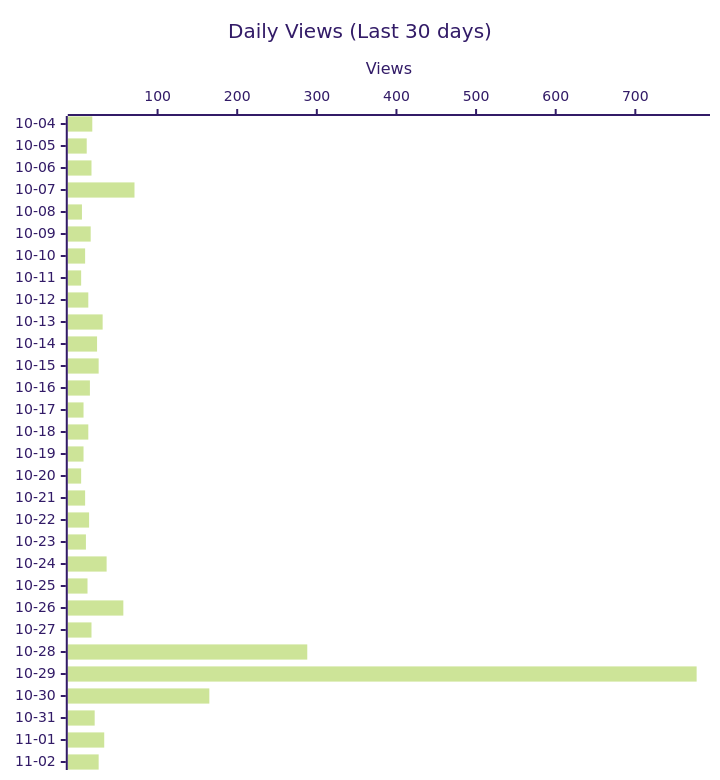
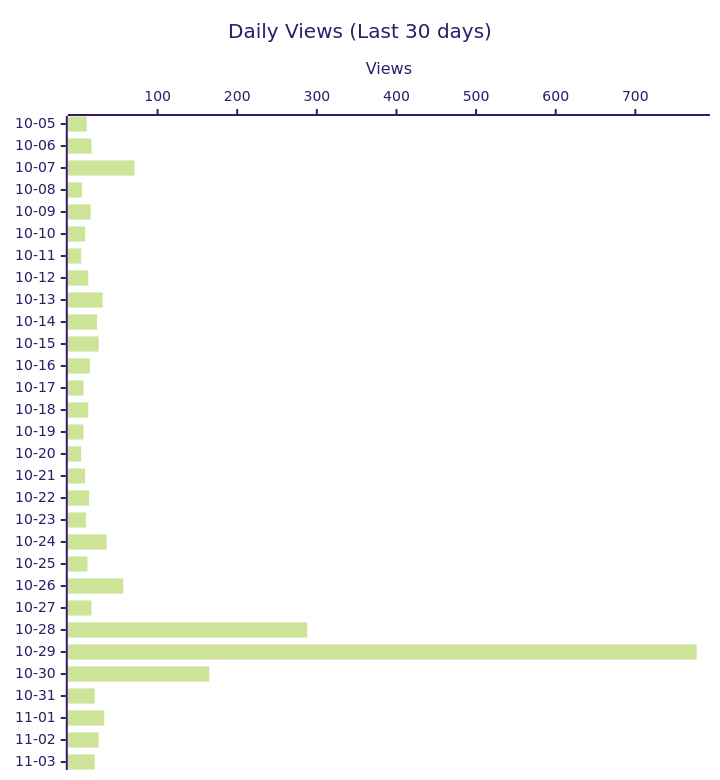
The second of 4 diagrams in README.md (shigechika/github-insights), drawn with Mermaid (forest theme) before and after one commit. The commit also changed other lines of this file and 1 other file, not shown here.

````diff
--- a/README.md
+++ b/README.md
@@ -28,12 +28,12 @@
 ```mermaid
 ---
 config:
   xyChart:
     height: 760
 ---
 xychart-beta horizontal
     title "Daily Views (Last 30 days)"
-    x-axis ["10-04", "10-05", "10-06", "10-07", "10-08", "10-09", "10-10", "10-11", "10-12", "10-13", "10-14", "10-15", "10-16", "10-17", "10-18", "10-19", "10-20", "10-21", "10-22", "10-23", "10-24", "10-25", "10-26", "10-27", "10-28", "10-29", "10-30", "10-31", "11-01", "11-02"]
+    x-axis ["10-05", "10-06", "10-07", "10-08", "10-09", "10-10", "10-11", "10-12", "10-13", "10-14", "10-15", "10-16", "10-17", "10-18", "10-19", "10-20", "10-21", "10-22", "10-23", "10-24", "10-25", "10-26", "10-27", "10-28", "10-29", "10-30", "10-31", "11-01", "11-02", "11-03"]
     y-axis "Views"
-    bar [18, 11, 17, 71, 5, 16, 9, 4, 13, 31, 24, 26, 15, 7, 13, 7, 4, 9, 14, 10, 36, 12, 57, 17, 288, 777, 165, 21, 33, 26]
+    bar [11, 17, 71, 5, 16, 9, 4, 13, 31, 24, 26, 15, 7, 13, 7, 4, 9, 14, 10, 36, 12, 57, 17, 288, 777, 165, 21, 33, 26, 21]
 ```
````
